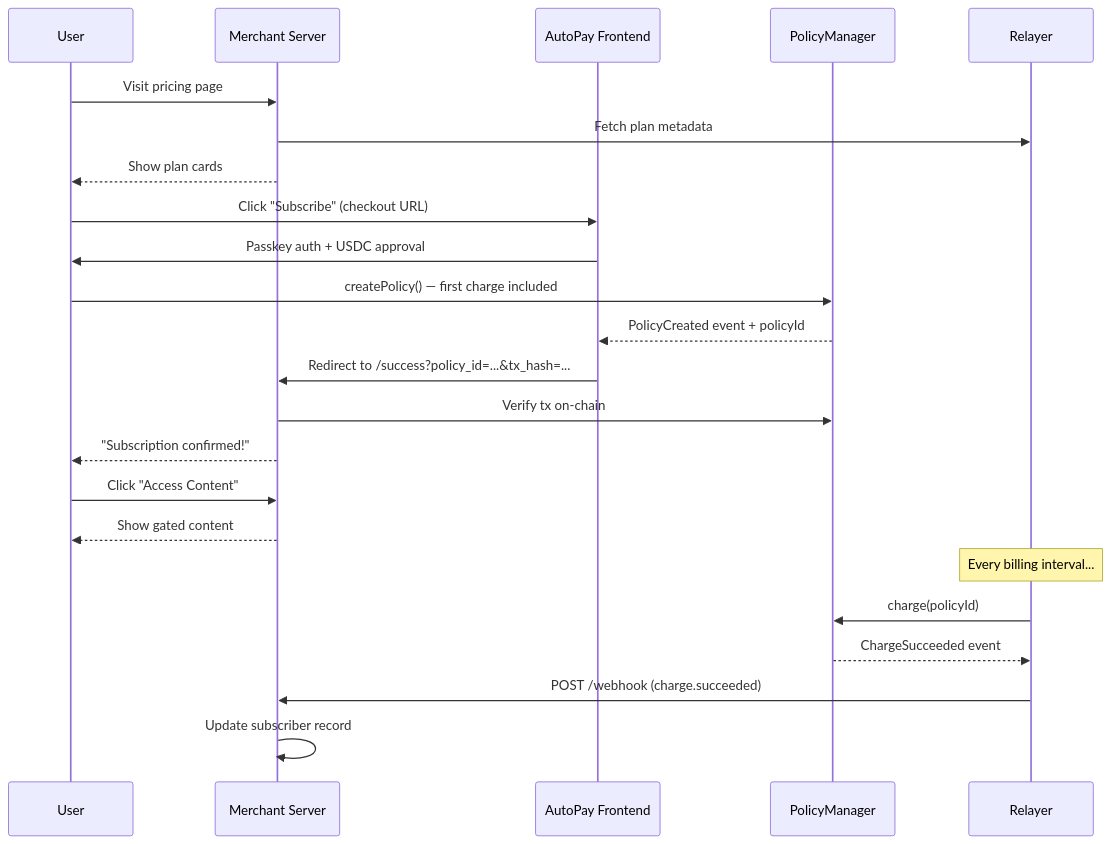
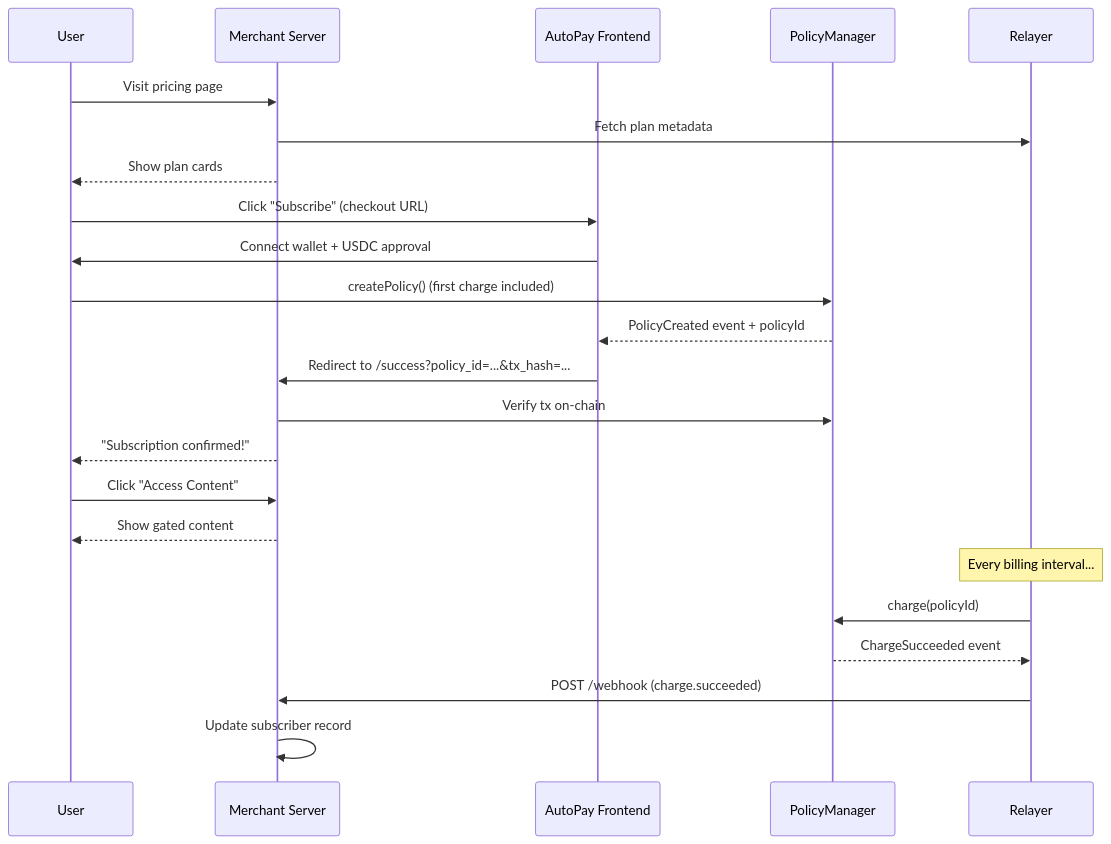
One commit to apeoverflow/Auto-Pay-Protocol changed the second of 4 diagrams in documentation/merchant-checkout-example.md. Above: the diagram before and after it, drawn with Mermaid. The commit also changed other lines of this file and 40 other files, not shown here.

````diff
--- a/documentation/merchant-checkout-example.md
+++ b/documentation/merchant-checkout-example.md
@@ -65,29 +65,29 @@
 ```mermaid
 sequenceDiagram
     participant User
     participant Merchant as Merchant Server
     participant Frontend as AutoPay Frontend
     participant Contract as PolicyManager
     participant Relayer
 
     User->>Merchant: Visit pricing page
     Merchant->>Relayer: Fetch plan metadata
     Merchant-->>User: Show plan cards
 
     User->>Frontend: Click "Subscribe" (checkout URL)
-    Frontend->>User: Passkey auth + USDC approval
-    User->>Contract: createPolicy() — first charge included
+    Frontend->>User: Connect wallet + USDC approval
+    User->>Contract: createPolicy() (first charge included)
     Contract-->>Frontend: PolicyCreated event + policyId
     Frontend->>Merchant: Redirect to /success?policy_id=...&tx_hash=...
 
     Merchant->>Contract: Verify tx on-chain
     Merchant-->>User: "Subscription confirmed!"
     User->>Merchant: Click "Access Content"
     Merchant-->>User: Show gated content
 
     Note over Relayer: Every billing interval...
     Relayer->>Contract: charge(policyId)
     Contract-->>Relayer: ChargeSucceeded event
     Relayer->>Merchant: POST /webhook (charge.succeeded)
     Merchant->>Merchant: Update subscriber record
 ```
````
